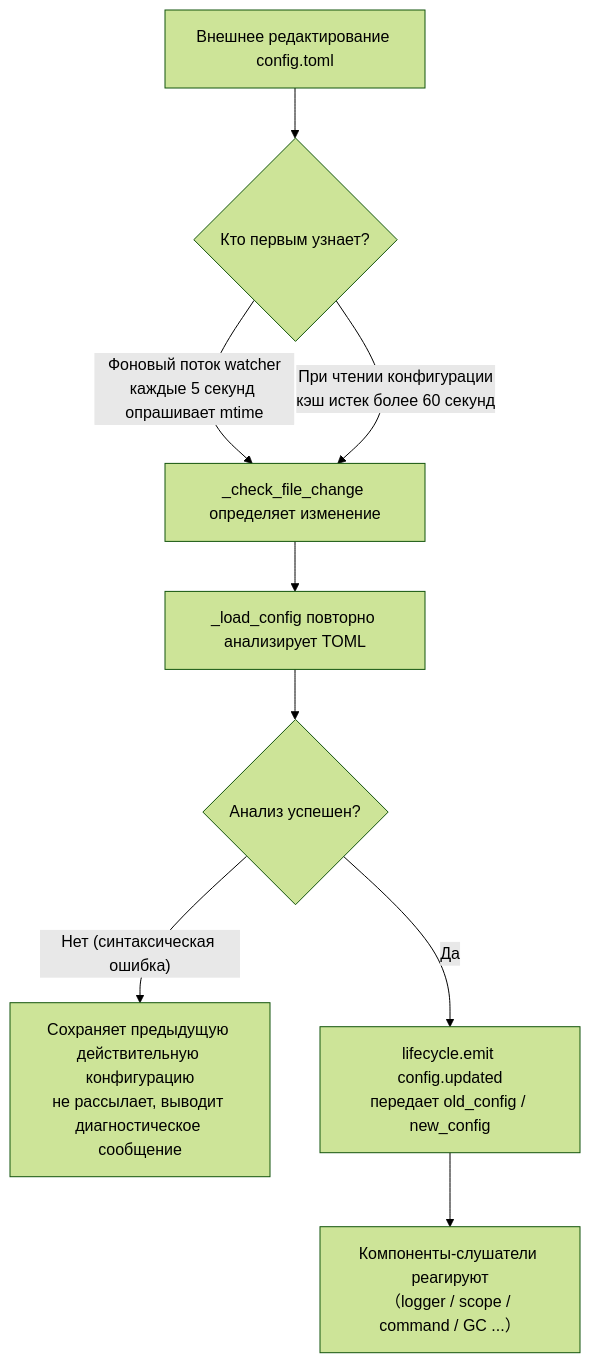
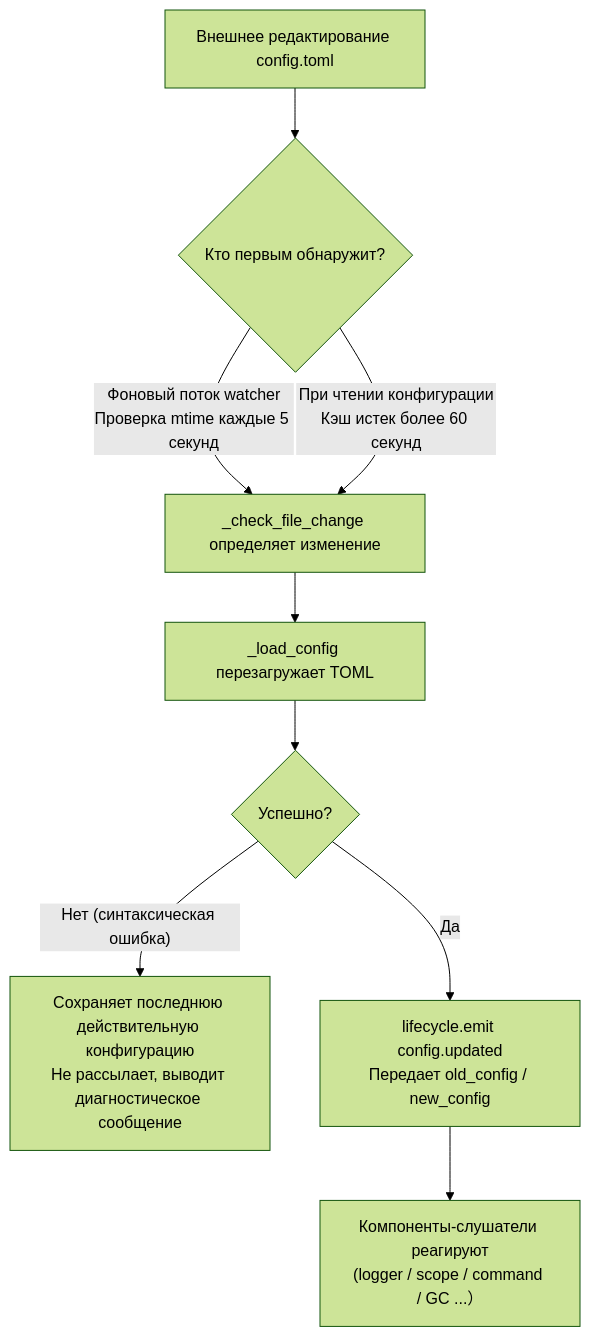
Before and after one commit to ErisPulse/ErisPulse: the diagram in docs/ru/user-guide/configuration.md, drawn with Mermaid (forest theme). The commit also changed other lines of this file and 23 other files, not shown here.

````diff
--- a/docs/ru/user-guide/configuration.md
+++ b/docs/ru/user-guide/configuration.md
@@ -139,11 +138,11 @@
 ```mermaid
 flowchart TD
-    A["Внешнее редактирование config.toml"] --> B{"Кто первым узнает?"}
-    B -->|"Фоновый поток watcher<br/>каждые 5 секунд опрашивает mtime"| C["_check_file_change определяет изменение"]
-    B -->|"При чтении конфигурации<br/>кэш истек более 60 секунд"| C
-    C --> D["_load_config повторно анализирует TOML"]
-    D --> E{"Анализ успешен?"}
-    E -->|"Нет (синтаксическая ошибка)"| F["Сохраняет предыдущую действительную конфигурацию<br/>не рассылает, выводит диагностическое сообщение"]
-    E -->|"Да"| G["lifecycle.emit config.updated<br/>передает old_config / new_config"]
-    G --> H["Компоненты-слушатели реагируют<br/>（logger / scope / command / GC ...）"]
+    A["Внешнее редактирование config.toml"] --> B{"Кто первым обнаружит?"}
+    B -->|"Фоновый поток watcher<br/>Проверка mtime каждые 5 секунд"| C["_check_file_change определяет изменение"]
+    B -->|"При чтении конфигурации<br/>Кэш истек более 60 секунд"| C
+    C --> D["_load_config перезагружает TOML"]
+    D --> E{"Успешно?"}
+    E -->|"Нет (синтаксическая ошибка)"| F["Сохраняет последнюю действительную конфигурацию<br/>Не рассылает, выводит диагностическое сообщение"]
+    E -->|"Да"| G["lifecycle.emit config.updated<br/>Передает old_config / new_config"]
+    G --> H["Компоненты-слушатели реагируют<br/>(logger / scope / command / GC ...）"]
 ```
````
